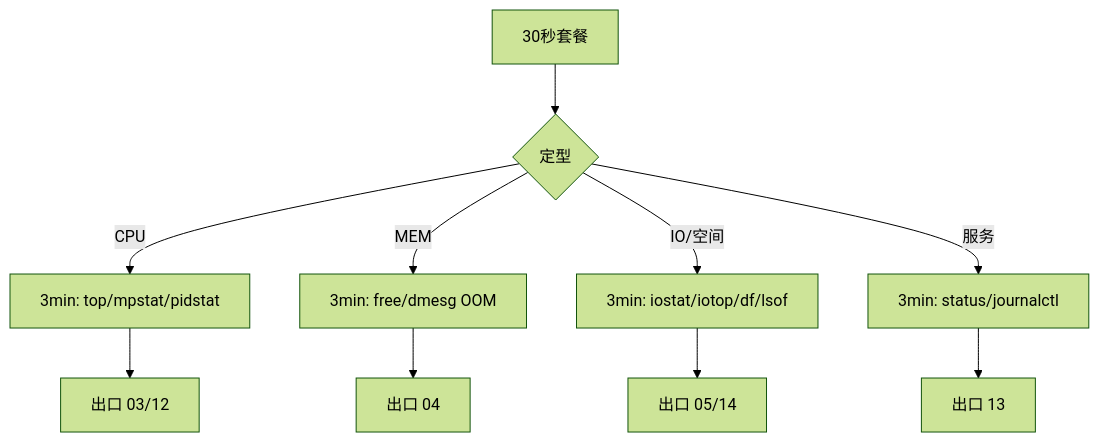
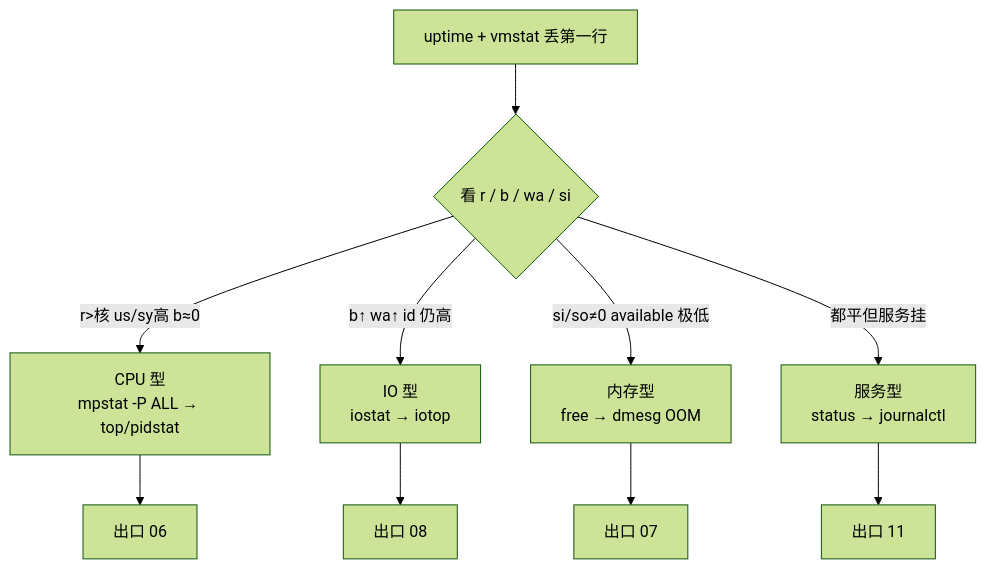
One commit to ml-cuizijun/LearnToLilith changed the second of 4 diagrams in 01-基础底座/01-主机排查命令/知识点.md. Above: the diagram before and after it, drawn with Mermaid (forest theme). The commit also changed other lines of this file and 470 other files, not shown here.

````diff
--- a/01-基础底座/01-主机排查命令/知识点.md
+++ b/01-基础底座/01-主机排查命令/知识点.md
@@ -1130,12 +175,12 @@
 ```mermaid
 flowchart TB
-    A["30秒套餐"] --> B{定型}
-    B -->|CPU| C["3min: top/mpstat/pidstat"]
-    B -->|MEM| D["3min: free/dmesg OOM"]
-    B -->|IO/空间| E["3min: iostat/iotop/df/lsof"]
-    B -->|服务| F["3min: status/journalctl"]
-    C --> G["出口 03/12"]
-    D --> H["出口 04"]
-    E --> I["出口 05/14"]
-    F --> J["出口 13"]
+    S["uptime + vmstat 丢第一行"] --> T{"看 r / b / wa / si"}
+    T -->|"r>核 us/sy高 b≈0"| CPU["CPU 型<br/>mpstat -P ALL → top/pidstat"]
+    T -->|"b↑ wa↑ id 仍高"| IO["IO 型<br/>iostat → iotop"]
+    T -->|"si/so≠0 available 极低"| MEM["内存型<br/>free → dmesg OOM"]
+    T -->|"都平但服务挂"| SVC["服务型<br/>status → journalctl"]
+    CPU --> OUT1["出口 06"]
+    IO --> OUT2["出口 08"]
+    MEM --> OUT3["出口 07"]
+    SVC --> OUT4["出口 11"]
 ```
````
